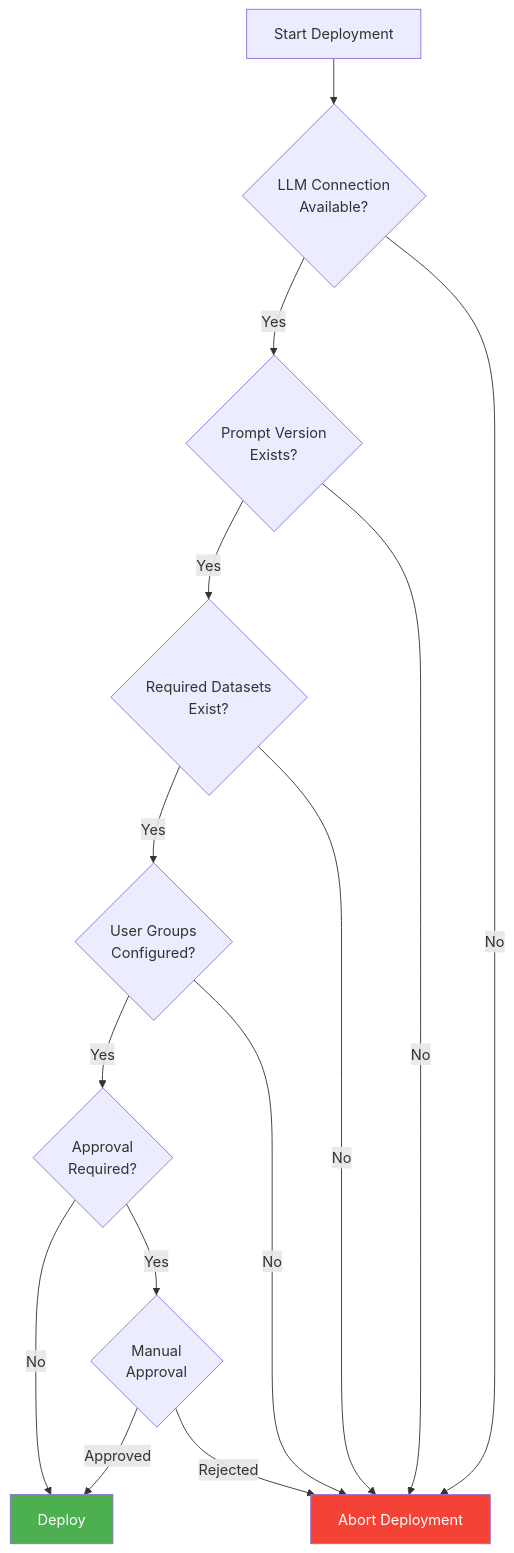
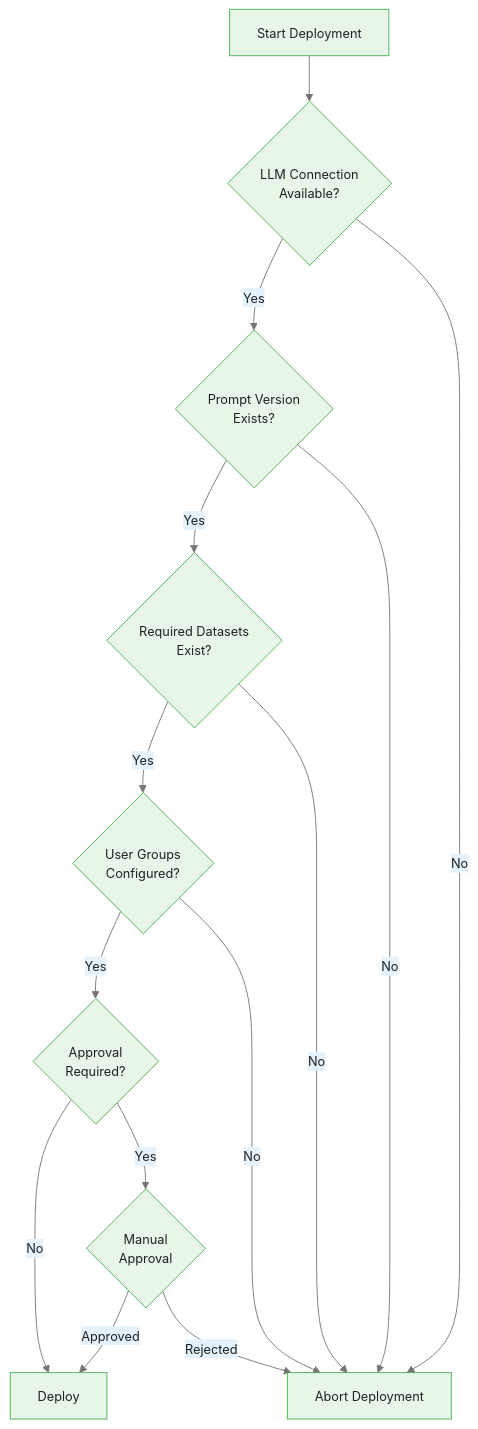
Before and after one commit to m-deane/course-creator: the third of 5 diagrams in courses/dataiku-genai/modules/module_04_deployment/guides/03_governance_slides.md, drawn with Mermaid. The commit also changed other lines of this file and 54 other files, not shown here.

````diff
--- a/courses/dataiku-genai/modules/module_04_deployment/guides/03_governance_slides.md
+++ b/courses/dataiku-genai/modules/module_04_deployment/guides/03_governance_slides.md
@@ -160,19 +160,17 @@
 ```mermaid
+%%{init: {"theme": "base", "themeVariables": {"primaryColor": "#e8f5e9", "primaryBorderColor": "#4caf50", "primaryTextColor": "#212121", "secondaryColor": "#e3f2fd", "tertiaryColor": "#fff8e1", "lineColor": "#757575", "fontFamily": "Inter, sans-serif", "fontSize": "14px"}}}%%
 flowchart TD
     START[Start Deployment] --> C1{LLM Connection<br/>Available?}
     C1 -->|Yes| C2{Prompt Version<br/>Exists?}
     C1 -->|No| FAIL[Abort Deployment]
     C2 -->|Yes| C3{Required Datasets<br/>Exist?}
     C2 -->|No| FAIL
     C3 -->|Yes| C4{User Groups<br/>Configured?}
     C3 -->|No| FAIL
     C4 -->|Yes| GATE{Approval<br/>Required?}
     C4 -->|No| FAIL
     GATE -->|No| DEPLOY[Deploy]
     GATE -->|Yes| APPROVE{Manual<br/>Approval}
     APPROVE -->|Approved| DEPLOY
     APPROVE -->|Rejected| FAIL
-
-    style DEPLOY fill:#4CAF50,color:#fff
-    style FAIL fill:#f44336,color:#fff
 ```
````
